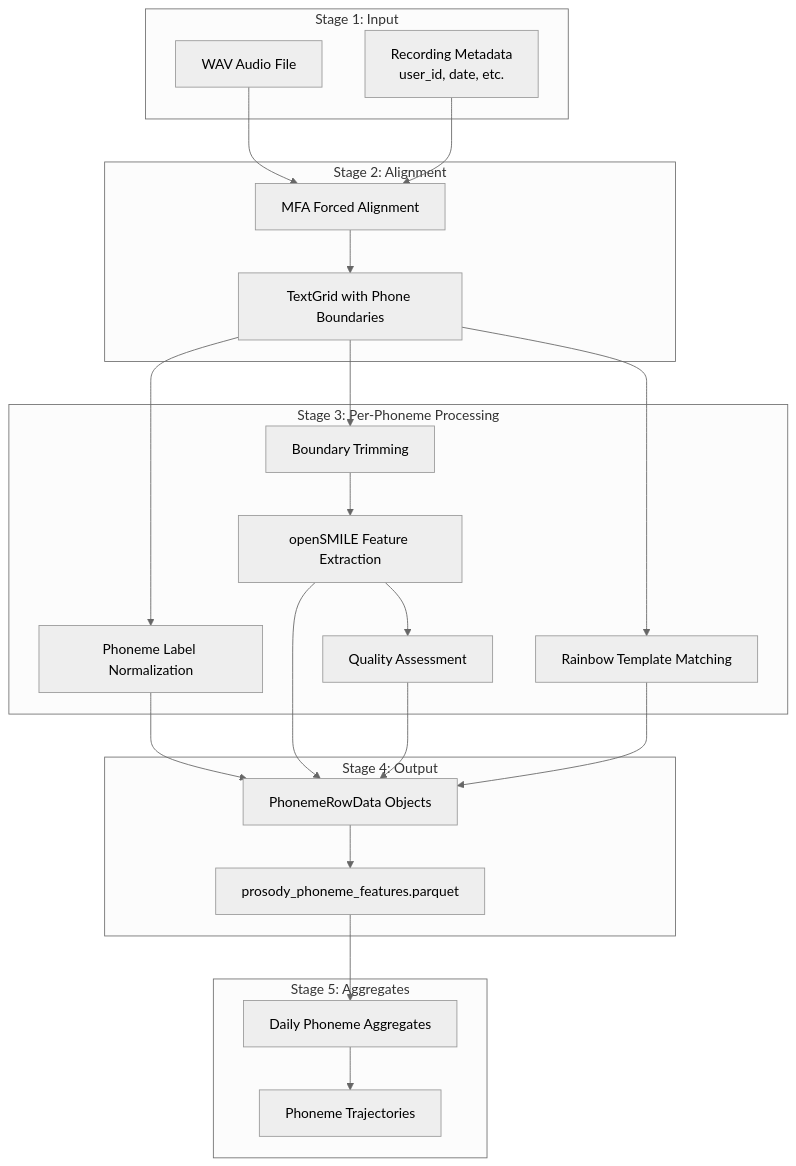
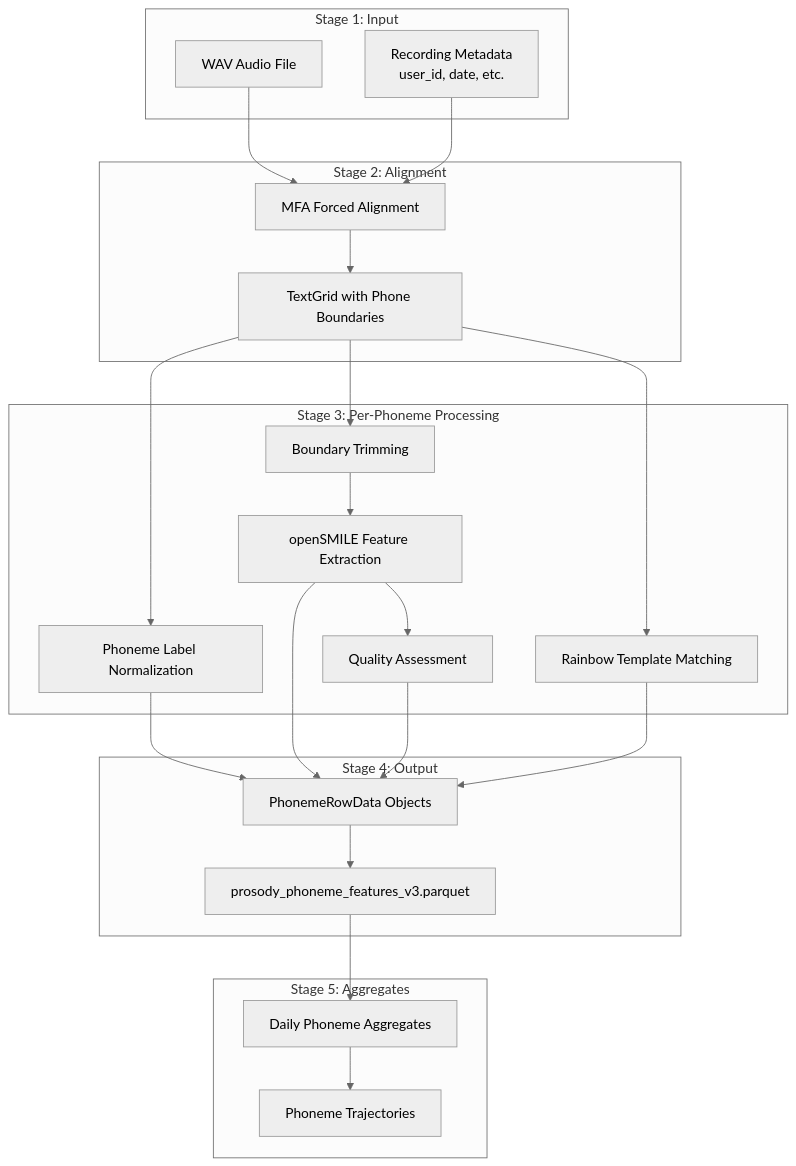
One commit to PoisonIvory/voice_feature_extraction changed the tenth of 13 diagrams in docs/PHONEME_PROSODY_EXPERIMENT_GUIDE.md. Above: the diagram before and after it, drawn with Mermaid (neutral theme). The commit also changed other lines of this file and 15 other files, not shown here.

First line of the commit message:
Generalize phoneme prosody extraction to all 25 eGeMAPS LLDs (v3).

````diff
--- a/docs/PHONEME_PROSODY_EXPERIMENT_GUIDE.md
+++ b/docs/PHONEME_PROSODY_EXPERIMENT_GUIDE.md
@@ -470,46 +477,46 @@
 ```mermaid
 flowchart TB
     subgraph "Stage 1: Input"
         A[WAV Audio File]
         B[Recording Metadata<br/>user_id, date, etc.]
     end
     
     subgraph "Stage 2: Alignment"
         C[MFA Forced Alignment]
         D[TextGrid with Phone Boundaries]
     end
     
     subgraph "Stage 3: Per-Phoneme Processing"
         E[Phoneme Label Normalization]
         F[Boundary Trimming]
         G[openSMILE Feature Extraction]
         H[Quality Assessment]
         I[Rainbow Template Matching]
     end
     
     subgraph "Stage 4: Output"
         J[PhonemeRowData Objects]
-        K[prosody_phoneme_features.parquet]
+        K[prosody_phoneme_features_v3.parquet]
     end
     
     subgraph "Stage 5: Aggregates"
         L[Daily Phoneme Aggregates]
         M[Phoneme Trajectories]
     end
     
     A --> C
     B --> C
     C --> D
     D --> E
     D --> F
     F --> G
     G --> H
     D --> I
     E --> J
     G --> J
     H --> J
     I --> J
     J --> K
     K --> L
     L --> M
 ```
````
